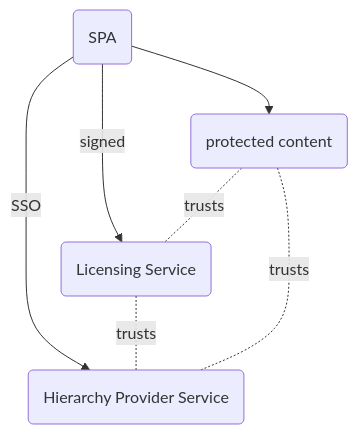
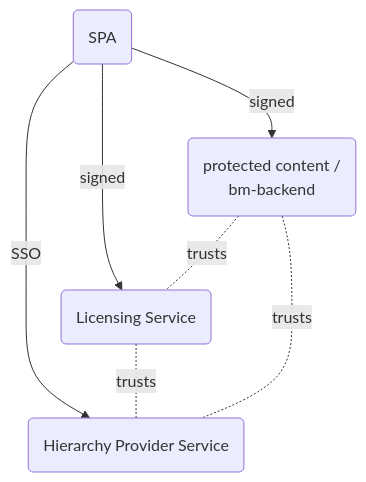
One commit to bettermarks/license-manager-POC changed the fourth of 4 diagrams in docs/service-communication.md. Above: the diagram before and after it, drawn with Mermaid. The commit also changed other lines of this file, not shown here.

Commit message:
docs: service communication extended

````diff
--- a/docs/service-communication.md
+++ b/docs/service-communication.md
@@ -55,13 +55,13 @@
 ```mermaid
 flowchart TD
-APP(protected content)
+APP(protected content /<br> bm-backend)
 LICS(Licensing Service)
 HIPS(Hierarchy Provider Service)
 
-SPA(SPA)-->APP;
+SPA(SPA)--> |signed| APP;
 SPA(SPA)--> |signed| LICS;
 SPA(SPA)--> |SSO| HIPS;
 APP -.- |trusts| LICS;
 LICS -.- |trusts| HIPS;
 APP -.- |trusts| HIPS;
 ```
````
